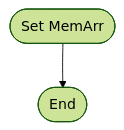
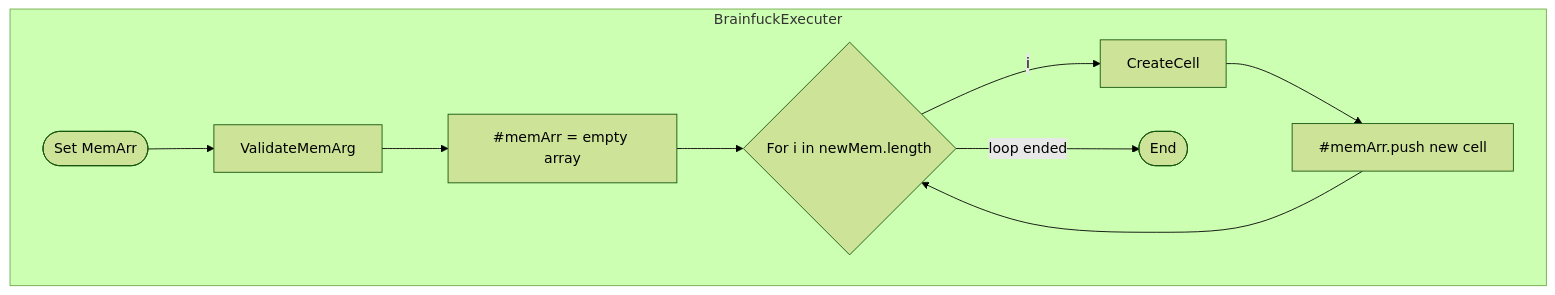
The eighth of 25 diagrams in src/Classes_Info/BrainfuckExecuter.md (BCS21090011/BrainFucker), drawn with Mermaid (forest theme) before and after one commit.

Commit message:
Chart for MemArr setter.

````diff
--- a/src/Classes_Info/BrainfuckExecuter.md
+++ b/src/Classes_Info/BrainfuckExecuter.md
@@ -459,7 +459,28 @@
     ```mermaid
     flowchart
+        subgraph BrainfuckExecuter
+            Start([Set MemArr])
+            ValidateMemArg
+            InitializeMemArr[#memArr = empty array]
+            ForCond{For i in newMem.length}
+            CreateCell
+            PushToMemArr[#memArr.push new cell]
+            End([End])
+        end
 
-    Start([Set MemArr])
-    -->
-    End([End])
+        Start
+        -->
+        ValidateMemArg
+        -->
+        InitializeMemArr
+        -->
+        ForCond
+        --i-->
+        CreateCell
+        -->
+        PushToMemArr
+        -->
+        ForCond
+        --loop ended-->
+        End
     ```
````
